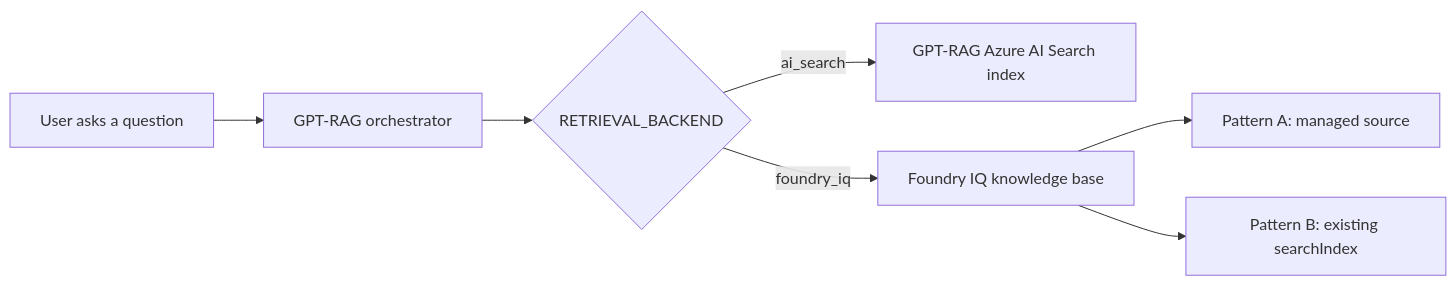
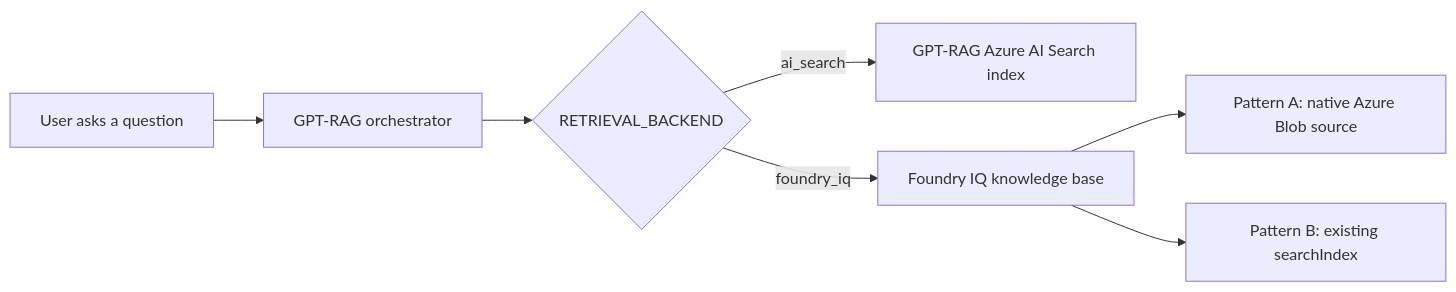
One commit to Azure/GPT-RAG changed the diagram in docs/howto_retrieval_backend.md. Above: the diagram before and after it, drawn with Mermaid. The commit also changed other lines of this file and 1 other file, not shown here.

````diff
--- a/docs/howto_retrieval_backend.md
+++ b/docs/howto_retrieval_backend.md
@@ -24,9 +29,9 @@
 ```mermaid
 flowchart LR
   User[User asks a question] --> Orchestrator[GPT-RAG orchestrator]
   Orchestrator --> Choice{RETRIEVAL_BACKEND}
   Choice -->|ai_search| Search[GPT-RAG Azure AI Search index]
   Choice -->|foundry_iq| KB[Foundry IQ knowledge base]
-  KB --> SourceA[Pattern A: managed source]
+  KB --> SourceA[Pattern A: native Azure Blob source]
   KB --> SourceB[Pattern B: existing searchIndex]
 ```
````
